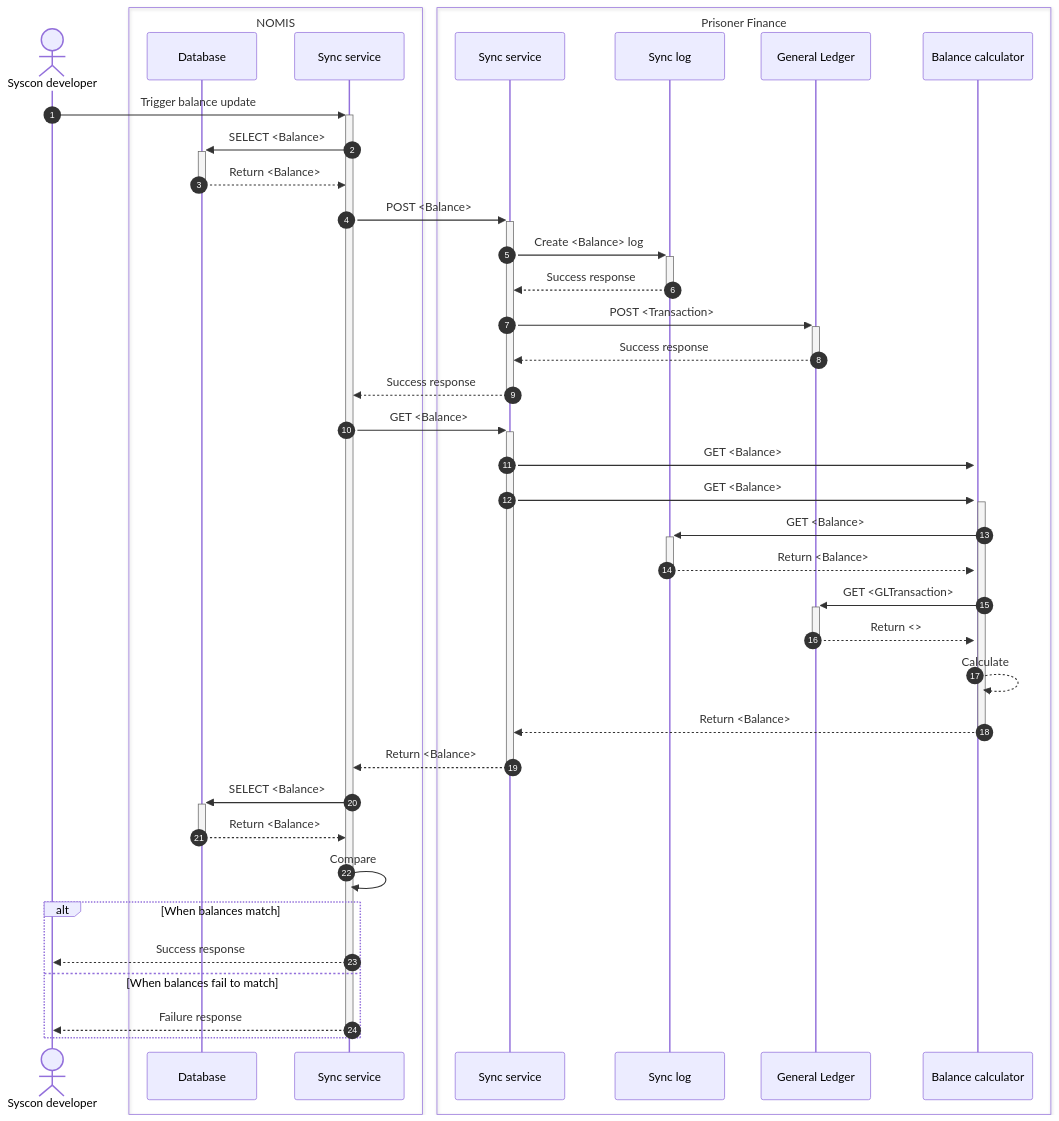
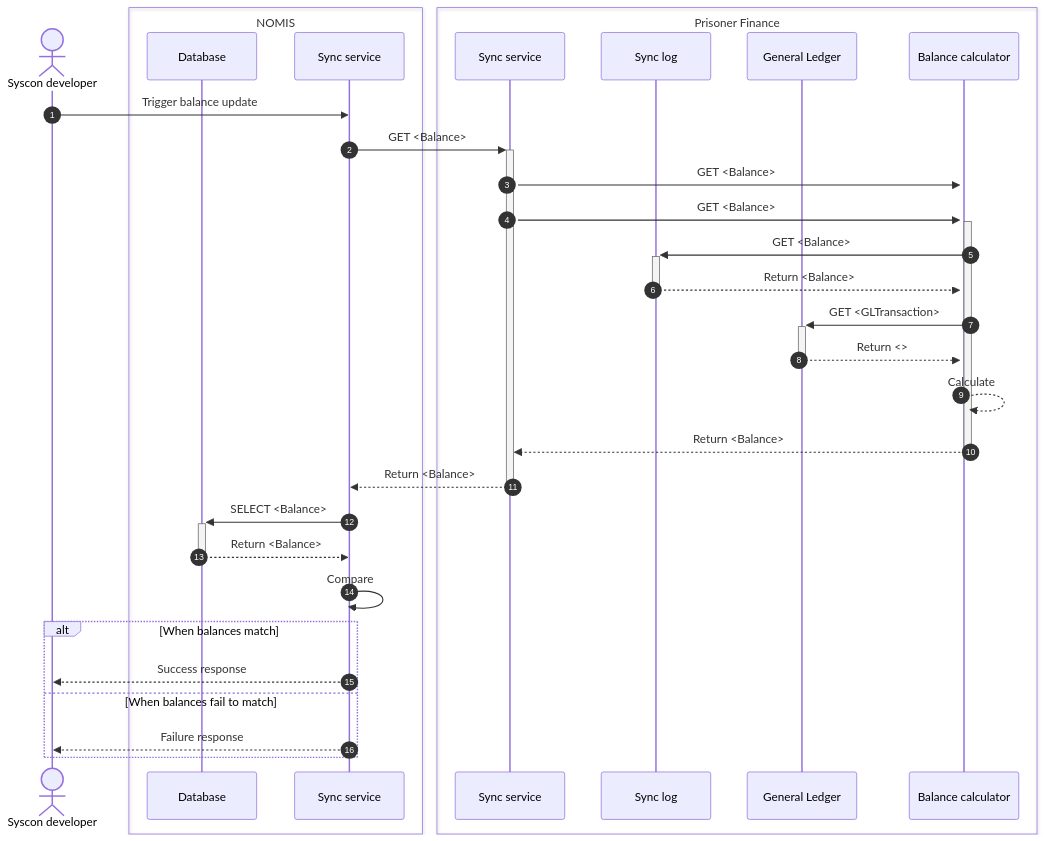
One commit to ministryofjustice/hmpps-prisoner-finance-poc-api changed the second of 6 diagrams in docs/c4/docs/sync-processes.md. Above: the diagram before and after it, drawn with Mermaid. The commit also changed other lines of this file and 2 other files, not shown here.

Commit message:
Split sync processes to make easier to digest

````diff
--- a/docs/c4/docs/sync-processes.md
+++ b/docs/c4/docs/sync-processes.md
@@ -17,44 +42,36 @@
 ```mermaid
 sequenceDiagram
     actor SYSCON as Syscon developer
     box NOMIS
         participant NOMIS.DB as Database
         participant NOMIS.sync as Sync service
     end
     box Prisoner Finance
         participant PF.sync as Sync service
         participant PF.log as Sync log
         participant PF.ledger as General Ledger
         participant PF.calculator as Balance calculator
     end
 
     autonumber
 
-    SYSCON ->>+ NOMIS.sync: Trigger balance update
-    NOMIS.sync ->>+ NOMIS.DB: SELECT <Balance>
-    NOMIS.DB -->>- NOMIS.sync: Return <Balance>
-    NOMIS.sync ->>+ PF.sync: POST <Balance>
-    PF.sync ->>+ PF.log: Create <Balance> log
-    PF.log -->>- PF.sync: Success response
-    PF.sync ->>+ PF.ledger: POST <Transaction>
-    PF.ledger -->>- PF.sync: Success response
-    PF.sync -->>- NOMIS.sync: Success response
+    SYSCON ->> NOMIS.sync: Trigger balance update
     NOMIS.sync ->>+ PF.sync: GET <Balance>
     PF.sync ->>+ PF.calculator: GET <Balance>
     PF.sync ->>+ PF.calculator: GET <Balance>
     PF.calculator ->>+ PF.log: GET <Balance>
     PF.log -->>- PF.calculator: Return <Balance>
     PF.calculator ->>+ PF.ledger: GET <GLTransaction>
     PF.ledger -->>- PF.calculator: Return <>
     PF.calculator -->> PF.calculator: Calculate
     PF.calculator -->>- PF.sync: Return <Balance>
     PF.sync -->>- NOMIS.sync: Return <Balance>
     NOMIS.sync ->>+ NOMIS.DB: SELECT <Balance>
     NOMIS.DB -->>- NOMIS.sync: Return <Balance>
     NOMIS.sync ->> NOMIS.sync: Compare
     alt When balances match
         NOMIS.sync -->> SYSCON: Success response
     else When balances fail to match
-        NOMIS.sync -->>- SYSCON: Failure response
+        NOMIS.sync -->> SYSCON: Failure response
     end
 ```
````
